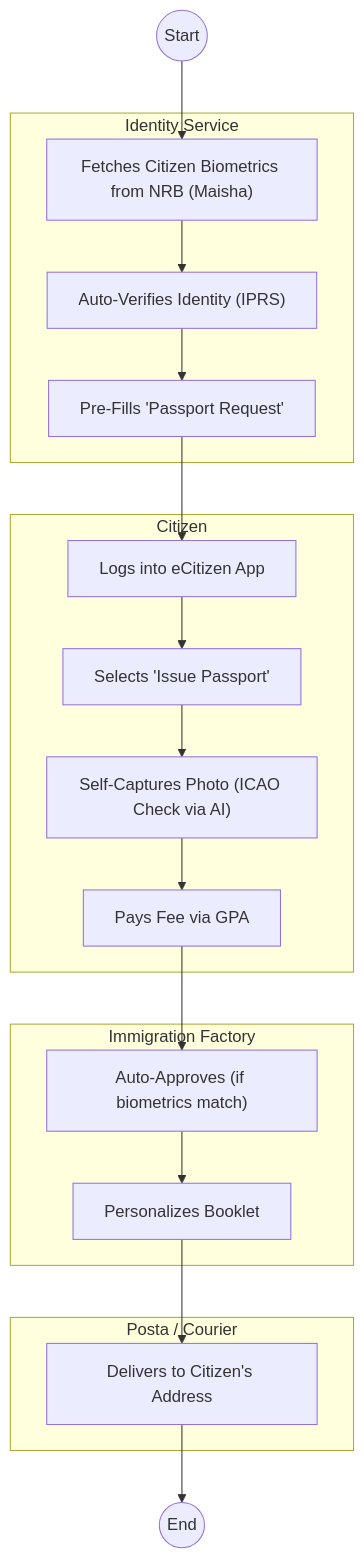
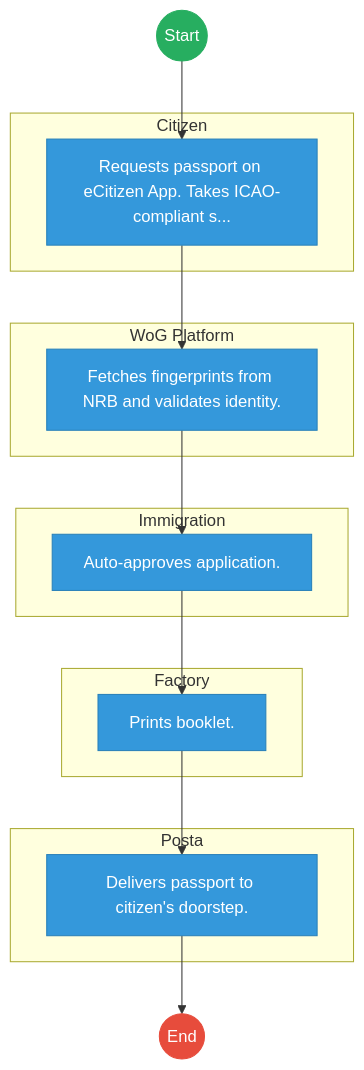
One commit to BITZ-IT-Consulting-LTD/ictapoc changed the second of 2 diagrams in mdas/docs_final/STATE_DEPARTMENT_FOR_IMMIGRATION_AND_CITIZEN_SERVICES___Passport_Application.md. Above: the diagram before and after it, drawn with Mermaid. The commit also changed other lines of this file and 461 other files, not shown here.

````diff
--- a/mdas/docs_final/STATE_DEPARTMENT_FOR_IMMIGRATION_AND_CITIZEN_SERVICES___Passport_Application.md
+++ b/mdas/docs_final/STATE_DEPARTMENT_FOR_IMMIGRATION_AND_CITIZEN_SERVICES___Passport_Application.md
@@ -129,33 +133,38 @@
 ```mermaid
 graph TD
     Start((Start)) --> S1
-    subgraph WoG_Platform [Identity Service]
-        S1["Fetches Citizen Biometrics from NRB (Maisha)"]
-        S2["Auto-Verifies Identity (IPRS)"]
-        S3["Pre-Fills 'Passport Request'"]
+
+    subgraph Citizen [Citizen]
+        S1["Requests passport on eCitizen App. Takes ICAO-compliant s..."]
     end
-    subgraph Applicant [Citizen]
-        S4["Logs into eCitizen App"]
-        S5["Selects 'Issue Passport'"]
-        S6["Self-Captures Photo (ICAO Check via AI)"]
-        S7["Pays Fee via GPA"]
+
+    subgraph WoG_Platform [WoG Platform]
+        S2["Fetches fingerprints from NRB and validates identity."]
     end
-    subgraph Production [Immigration Factory]
-        S8["Auto-Approves (if biometrics match)"]
-        S9["Personalizes Booklet"]
+
+    subgraph Immigration [Immigration]
+        S3["Auto-approves application."]
     end
-    subgraph Logistics [Posta / Courier]
-        S10["Delivers to Citizen's Address"]
+
+    subgraph Factory [Factory]
+        S4["Prints booklet."]
     end
-    
+
+    subgraph Posta [Posta]
+        S5["Delivers passport to citizen's doorstep."]
+    end
     S1 --> S2
     S2 --> S3
     S3 --> S4
     S4 --> S5
-    S5 --> S6
-    S6 --> S7
-    S7 --> S8
-    S8 --> S9
-    S9 --> S10
-    S10 --> End((End))
+    S5 --> End((End))
+
+    classDef start fill:#27ae60,stroke:#27ae60,color:#fff;
+    classDef endNode fill:#e74c3c,stroke:#e74c3c,color:#fff;
+    classDef userTask fill:#3498db,stroke:#2980b9,color:#fff;
+    classDef serviceTask fill:#9b59b6,stroke:#8e44ad,color:#fff;
+
+    class Start start;
+    class End endNode;
+    class S1,S2,S3,S4,S5 userTask;
 ```
````
